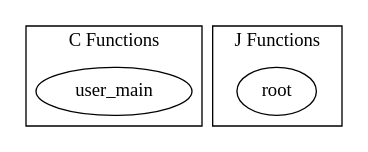
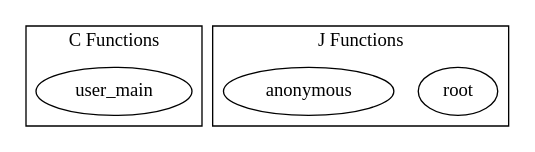
The diagram in samples/jbroadcaster/callgraph.dot (citelab/JAMScript), drawn with Graphviz before and after one commit. The commit also changed 11 other files, not shown here.

```diff
--- a/samples/jbroadcaster/callgraph.dot
+++ b/samples/jbroadcaster/callgraph.dot
@@ -1,10 +1,11 @@
 digraph jamgraph{
 subgraph cluster_0 {
 label = "C Functions";
 user_main;
 }
 subgraph cluster_1 {
 label = "J Functions";
 root;
+anonymous;
 }
 }
```
